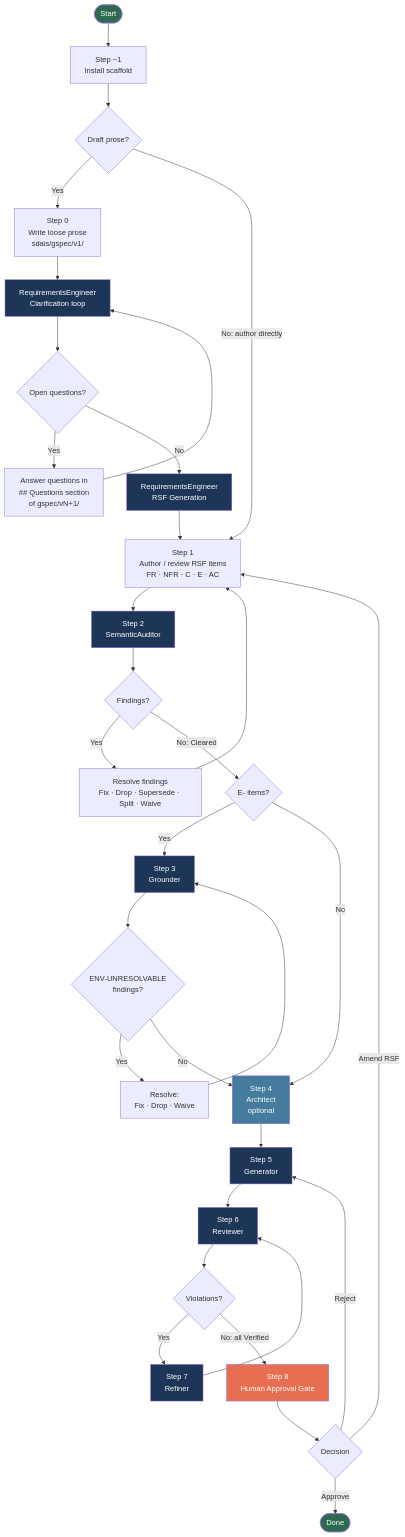
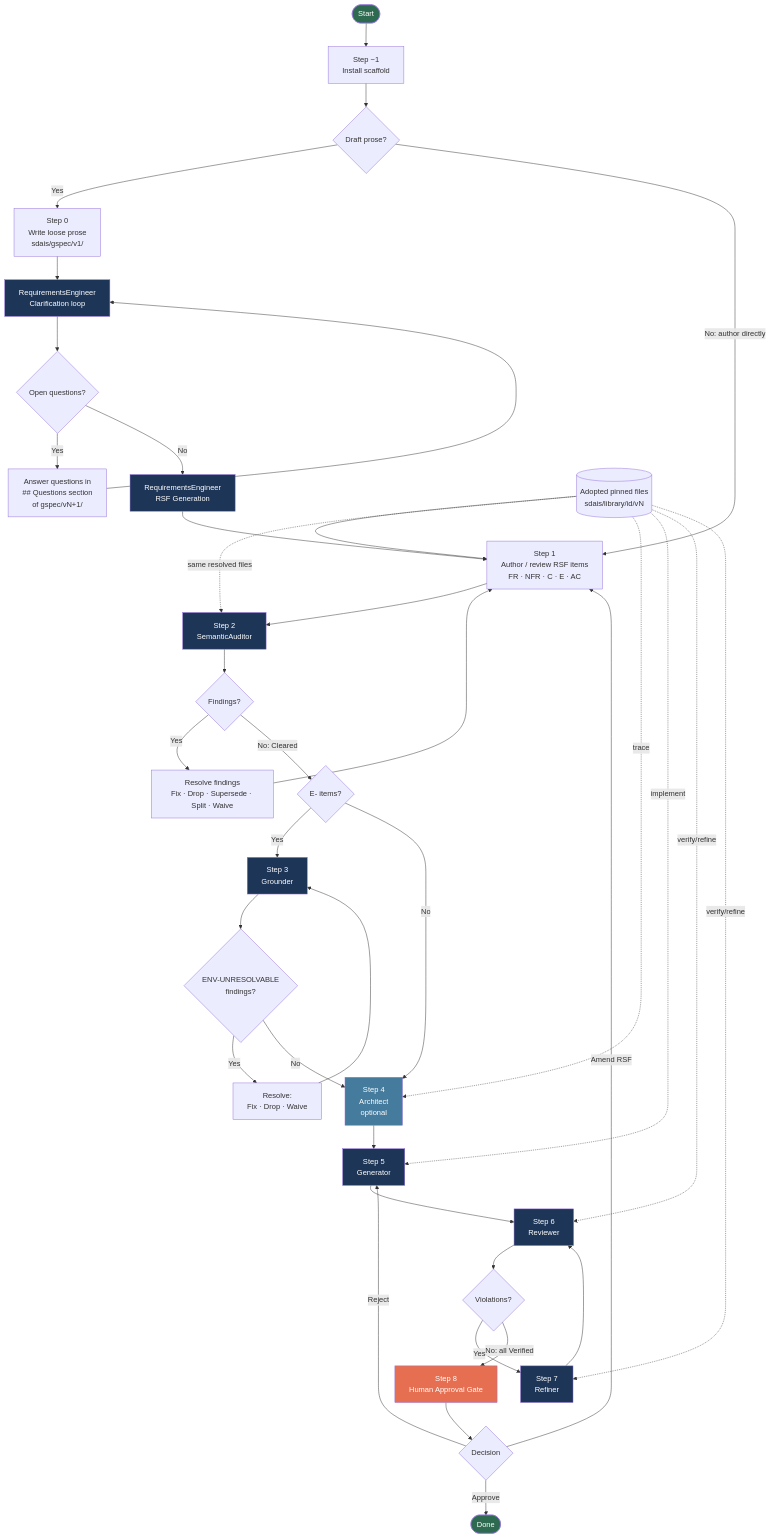
One commit to tideland/sdais changed the diagram in docs/GREENFIELD.md. Above: the diagram before and after it, drawn with Mermaid. The commit also changed other lines of this file and 34 other files, not shown here.

````diff
--- a/docs/GREENFIELD.md
+++ b/docs/GREENFIELD.md
@@ -11,46 +11,52 @@
 ```mermaid
 flowchart TD
     A([Start]) --> B[Step −1\nInstall scaffold]
     B --> B2{Draft prose?}
     B2 -- Yes --> B3[Step 0\nWrite loose prose\nsdais/gspec/v1/]
     B3 --> B4[RequirementsEngineer\nClarification loop]
     B4 --> B5{Open questions?}
     B5 -- Yes --> B6[Answer questions in\n## Questions section\nof gspec/vN+1/]
     B6 --> B4
     B5 -- No --> B7[RequirementsEngineer\nRSF Generation]
     B7 --> C
     B2 -- No: author directly --> C
+    LIB[(Adopted pinned files\nsdais/library/id/vN)] --> C
     C[Step 1\nAuthor / review RSF items\nFR · NFR · C · E · AC] --> D[Step 2\nSemanticAuditor]
     D --> E{Findings?}
     E -- Yes --> F[Resolve findings\nFix · Drop · Supersede · Split · Waive]
     F --> C
     E -- No: Cleared --> G{E- items?}
     G -- Yes --> H[Step 3\nGrounder]
     H --> I{ENV-UNRESOLVABLE\nfindings?}
     I -- Yes --> J[Resolve:\nFix · Drop · Waive]
     J --> H
     I -- No --> K
     G -- No --> K[Step 4\nArchitect\noptional]
     K --> L[Step 5\nGenerator]
     L --> M[Step 6\nReviewer]
     M --> N{Violations?}
     N -- Yes --> O[Step 7\nRefiner]
     O --> M
+    LIB -. same resolved files .-> D
+    LIB -. trace .-> K
+    LIB -. implement .-> L
+    LIB -. verify/refine .-> M
+    LIB -. verify/refine .-> O
     N -- No: all Verified --> P[Step 8\nHuman Approval Gate]
     P --> Q{Decision}
     Q -- Approve --> R([Done])
     Q -- Amend RSF --> C
     Q -- Reject --> L
 
     style A fill:#2d6a4f,color:#fff
     style R fill:#2d6a4f,color:#fff
     style B4 fill:#1d3557,color:#fff
     style B7 fill:#1d3557,color:#fff
     style D fill:#1d3557,color:#fff
     style H fill:#1d3557,color:#fff
     style K fill:#457b9d,color:#fff
     style L fill:#1d3557,color:#fff
     style M fill:#1d3557,color:#fff
     style O fill:#1d3557,color:#fff
     style P fill:#e76f51,color:#fff
 ```
````
